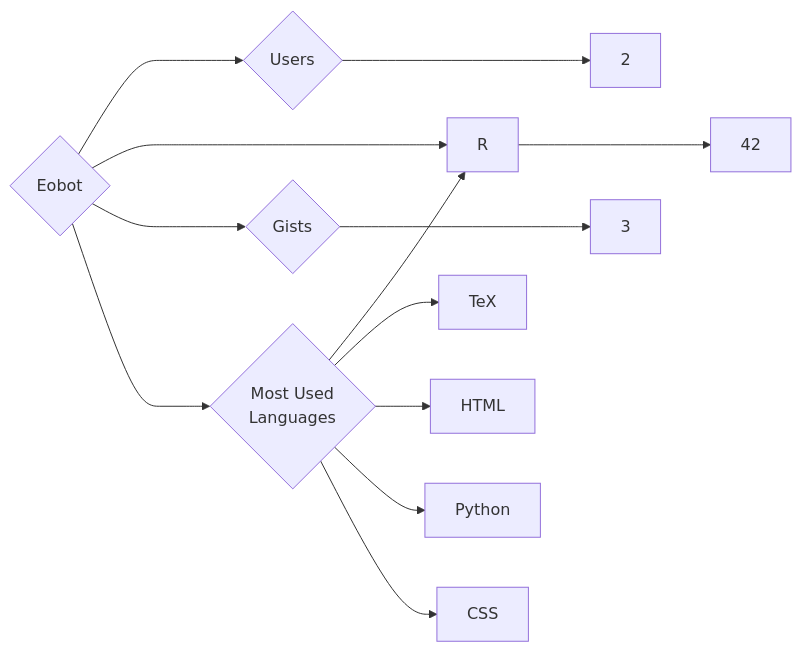
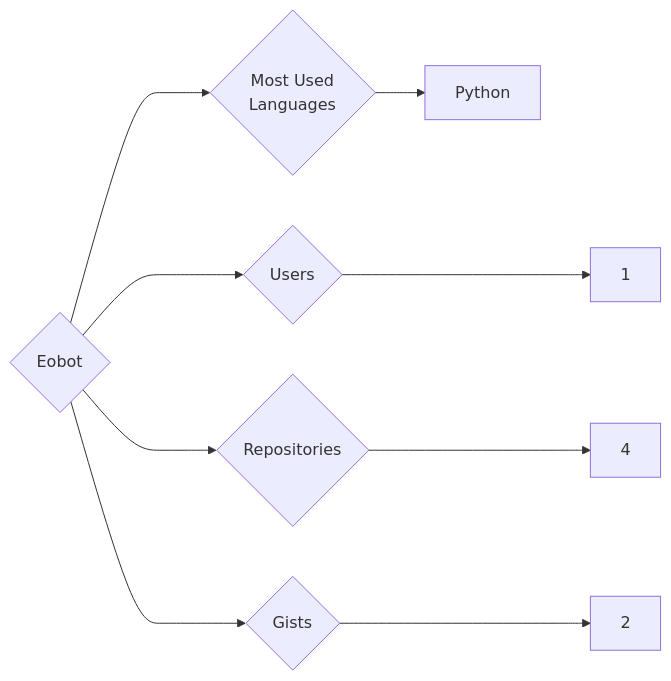
The diagram in targets/Eobot/README.md (trickest/insiders), drawn with Mermaid before and after one commit. The commit also changed 944 other files, not shown here.

````diff
--- a/targets/Eobot/README.md
+++ b/targets/Eobot/README.md
@@ -3,13 +3,9 @@
 ```mermaid
 graph LR
 COMPANY_NAME{Eobot}
-COMPANY_NAME ---> U{Users} ---> UN[2]
-COMPANY_NAME ---> R{Repositories} ---> RN[42]
-COMPANY_NAME ---> G{Gists} ---> GN[3]
+COMPANY_NAME ---> U{Users} ---> UN[1]
+COMPANY_NAME ---> R{Repositories} ---> RN[4]
+COMPANY_NAME ---> G{Gists} ---> GN[2]
 COMPANY_NAME ---> ML{Most Used<br>Languages}
-ML --> R[R]
-ML --> TeX[TeX]
-ML --> HTML[HTML]
 ML --> Python[Python]
-ML --> CSS[CSS]
 ```
````
